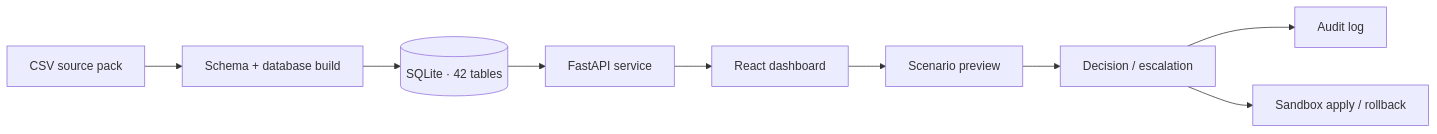
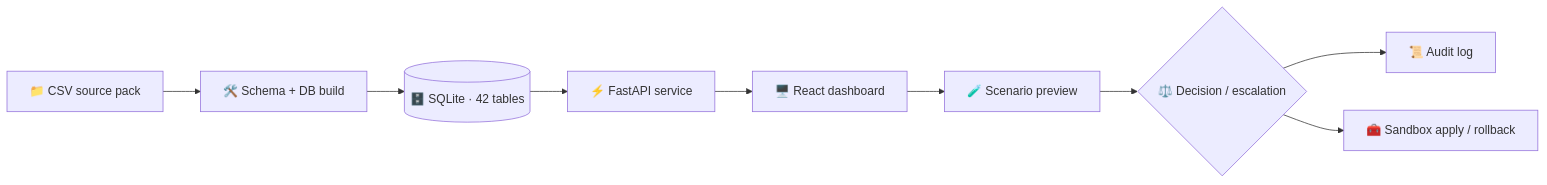
One commit to morad-elnahla/hospital-digital-twin changed the first of 2 diagrams in README.md. Above: the diagram before and after it, drawn with Mermaid. The commit also changed other lines of this file, not shown here.

````diff
--- a/README.md
+++ b/README.md
@@ -38,11 +93,11 @@
 ```mermaid
 flowchart LR
-    CSV[CSV source pack] --> BUILD[Schema + database build]
-    BUILD --> DB[(SQLite · 42 tables)]
-    DB --> API[FastAPI service]
-    API --> UI[React dashboard]
-    UI --> SC[Scenario preview]
-    SC --> DEC[Decision / escalation]
-    DEC --> AUDIT[Audit log]
-    DEC --> SB[Sandbox apply / rollback]
+    CSV[📁 CSV source pack] --> BUILD[🛠️ Schema + DB build]
+    BUILD --> DB[(🗄️ SQLite · 42 tables)]
+    DB --> API[⚡ FastAPI service]
+    API --> UI[🖥️ React dashboard]
+    UI --> SC[🧪 Scenario preview]
+    SC --> DEC{⚖️ Decision / escalation}
+    DEC --> AUDIT[📜 Audit log]
+    DEC --> SB[🧰 Sandbox apply / rollback]
 ```
````
